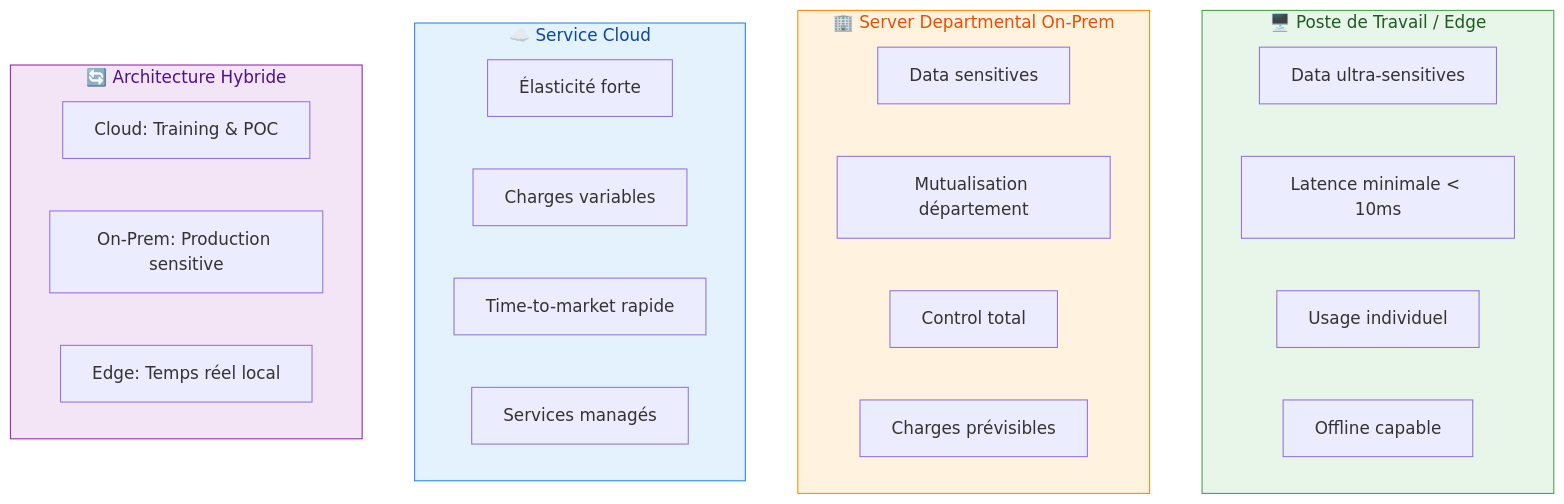
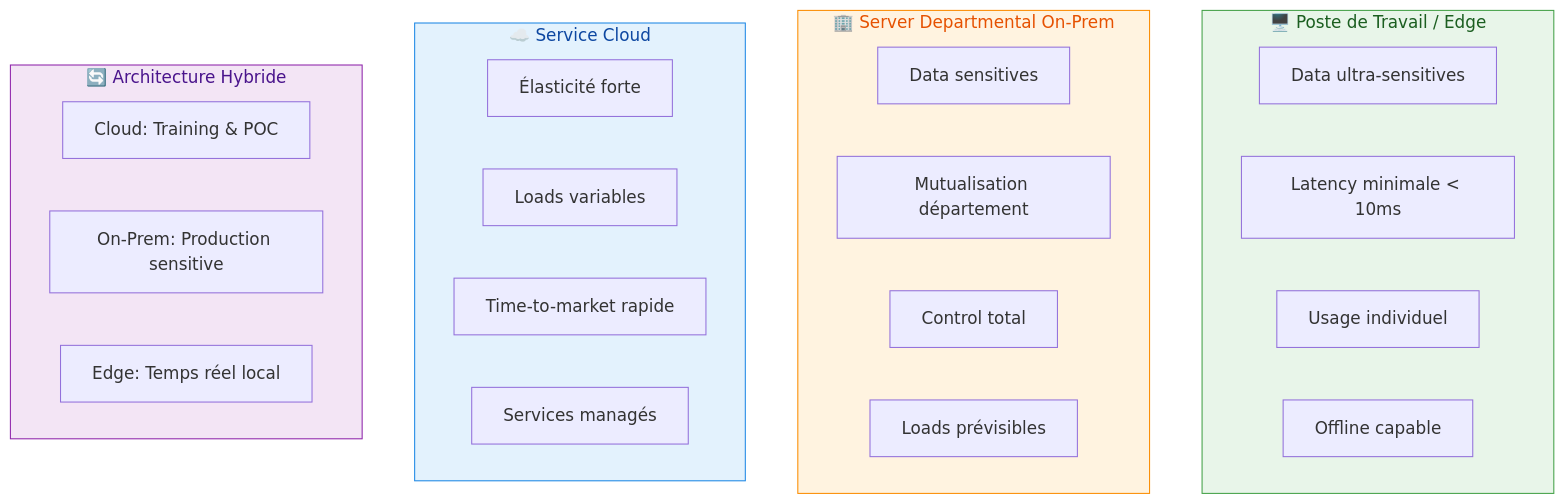
The diagram in docs/infrastructure/deployment-models.md (brunseba/ai-tech-watch), drawn with Mermaid before and after one commit. The commit also changed other lines of this file and 24 other files, not shown here.

````diff
--- a/docs/infrastructure/deployment-models.md
+++ b/docs/infrastructure/deployment-models.md
@@ -70,34 +70,34 @@
 ```mermaid
 graph TB
     subgraph Edge["🖥️ Poste de Travail / Edge"]
         E1[Data ultra-sensitives]
-        E2[Latence minimale < 10ms]
+        E2[Latency minimale < 10ms]
         E3[Usage individuel]
         E4[Offline capable]
     end
     
     subgraph OnPrem["🏢 Server Departmental On-Prem"]
         O1[Data sensitives]
         O2[Mutualisation département]
         O3[Control total]
-        O4[Charges prévisibles]
+        O4[Loads prévisibles]
     end
     
     subgraph Cloud["☁️ Service Cloud"]
         C1[Élasticité forte]
-        C2[Charges variables]
+        C2[Loads variables]
         C3[Time-to-market rapide]
         C4[Services managés]
     end
     
     subgraph Hybrid["🔄 Architecture Hybride"]
         H1[Cloud: Training & POC]
         H2[On-Prem: Production sensitive]
         H3[Edge: Temps réel local]
     end
     
     style Edge fill:#e8f5e9,stroke:#43a047,color:#1b5e20
     style OnPrem fill:#fff3e0,stroke:#fb8c00,color:#e65100
     style Cloud fill:#e3f2fd,stroke:#1e88e5,color:#0d47a1
     style Hybrid fill:#f3e5f5,stroke:#8e24aa,color:#4a148c
 ```
````
